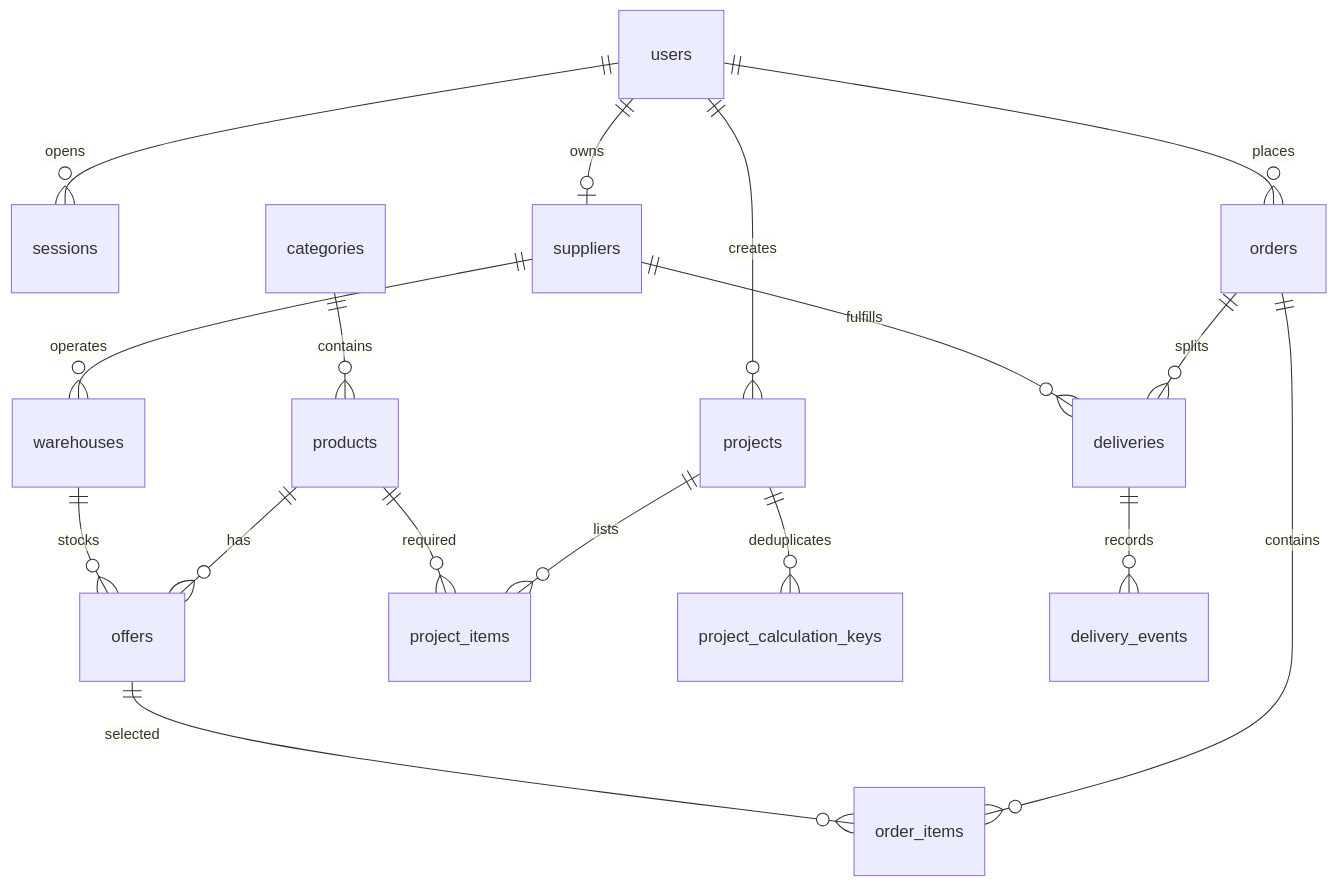
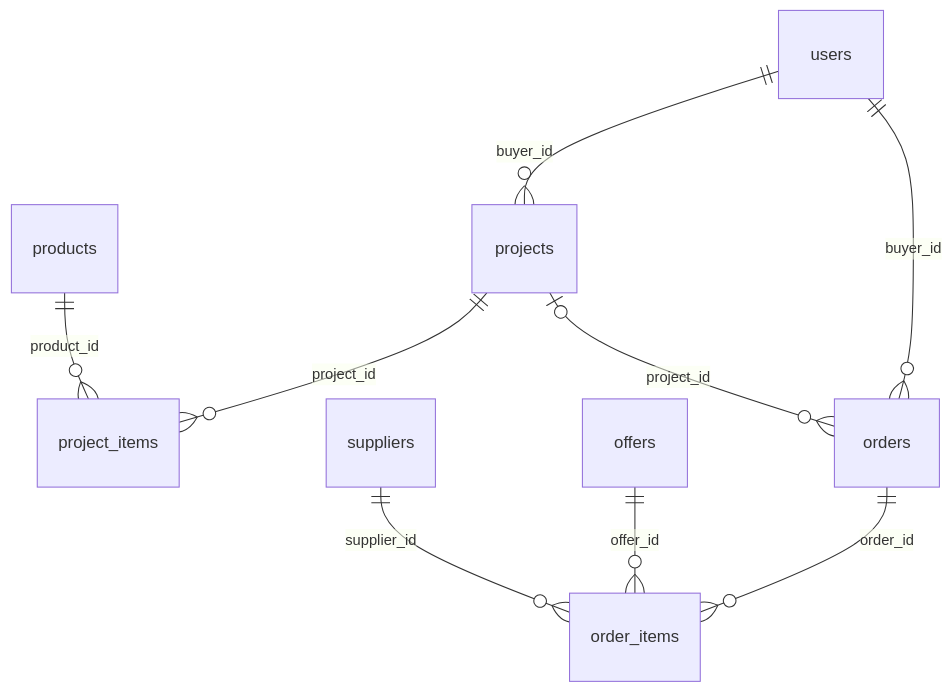
The second of 4 diagrams in docs/DATA_MODEL.md (SleNdd/construction-supply-marketplace), drawn with Mermaid before and after one commit. The commit also changed other lines of this file and 3 other files, not shown here.

Commit message:
Проверить переходы поставки и описать схему данных

````diff
--- a/docs/DATA_MODEL.md
+++ b/docs/DATA_MODEL.md
@@ -7,19 +27,11 @@
 ```mermaid
 erDiagram
-    users ||--o{ sessions : opens
-    users ||--o| suppliers : owns
-    suppliers ||--o{ warehouses : operates
-    categories ||--o{ products : contains
-    products ||--o{ offers : has
-    warehouses ||--o{ offers : stocks
-    users ||--o{ projects : creates
-    projects ||--o{ project_items : lists
-    products ||--o{ project_items : required
-    projects ||--o{ project_calculation_keys : deduplicates
-    users ||--o{ orders : places
-    orders ||--o{ order_items : contains
-    offers ||--o{ order_items : selected
-    orders ||--o{ deliveries : splits
-    suppliers ||--o{ deliveries : fulfills
-    deliveries ||--o{ delivery_events : records
+    users ||--o{ projects : buyer_id
+    projects ||--o{ project_items : project_id
+    products ||--o{ project_items : product_id
+    users ||--o{ orders : buyer_id
+    projects |o--o{ orders : project_id
+    orders ||--o{ order_items : order_id
+    offers ||--o{ order_items : offer_id
+    suppliers ||--o{ order_items : supplier_id
 ```
````
